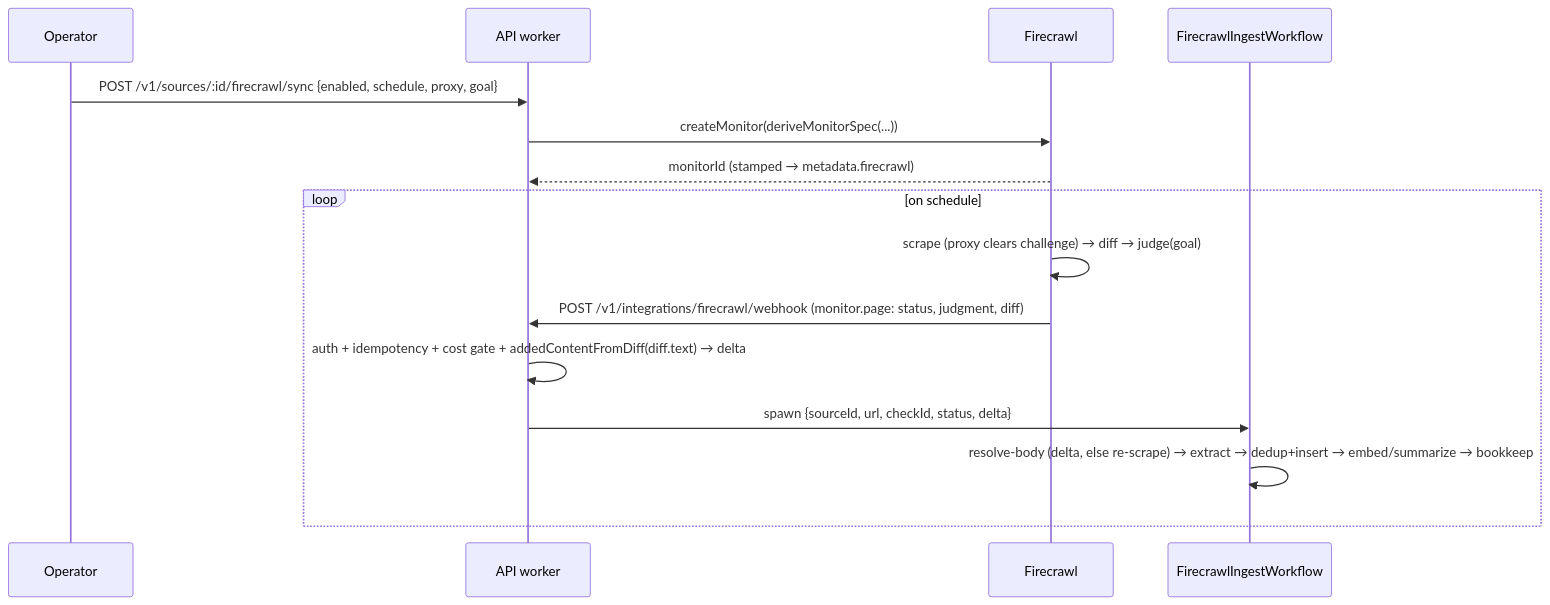
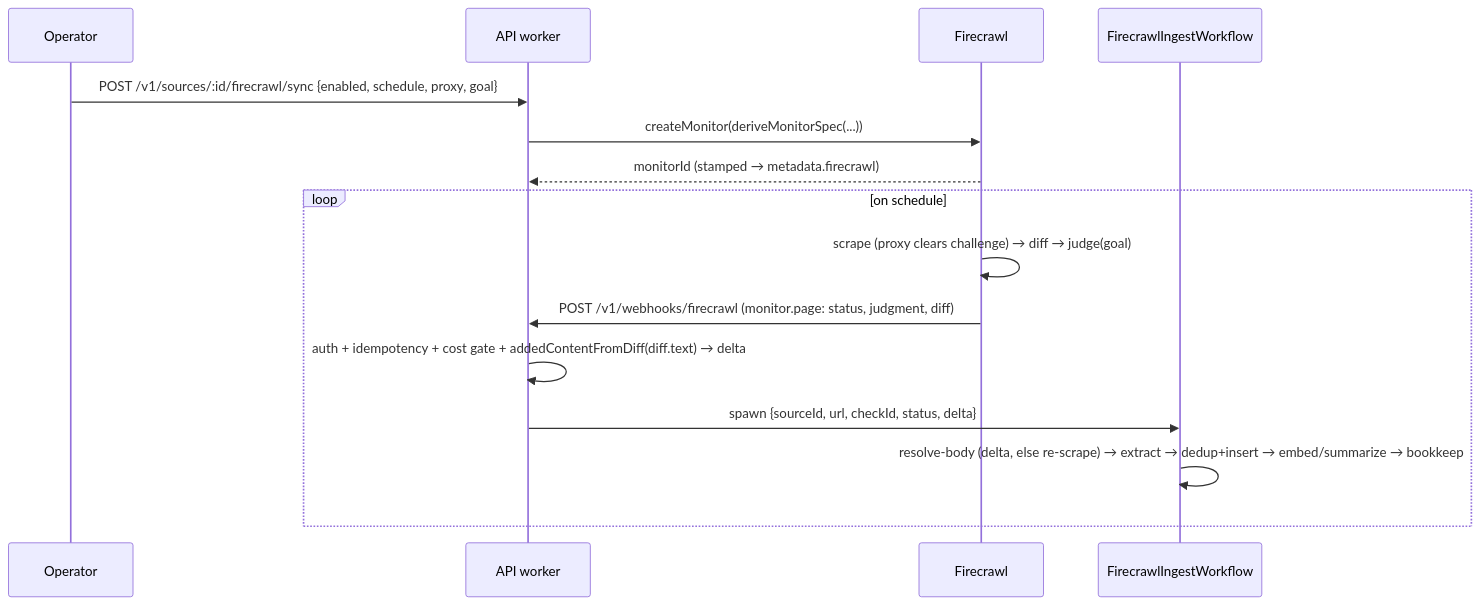
Before and after one commit to buildinternet/releases: the diagram in docs/architecture/firecrawl-monitoring.md, drawn with Mermaid. The commit also changed other lines of this file and 15 other files, not shown here.

First line of the commit message:
fix(api): move inbound webhooks to /v1/webhooks/<provider>

````diff
--- a/docs/architecture/firecrawl-monitoring.md
+++ b/docs/architecture/firecrawl-monitoring.md
@@ -9,19 +9,19 @@
 ```mermaid
 sequenceDiagram
     participant Op as Operator
     participant API as API worker
     participant FC as Firecrawl
     participant WF as FirecrawlIngestWorkflow
 
     Op->>API: POST /v1/sources/:id/firecrawl/sync {enabled, schedule, proxy, goal}
     API->>FC: createMonitor(deriveMonitorSpec(...))
     FC-->>API: monitorId  (stamped → metadata.firecrawl)
 
     loop on schedule
         FC->>FC: scrape (proxy clears challenge) → diff → judge(goal)
-        FC->>API: POST /v1/integrations/firecrawl/webhook  (monitor.page: status, judgment, diff)
+        FC->>API: POST /v1/webhooks/firecrawl  (monitor.page: status, judgment, diff)
         API->>API: auth + idempotency + cost gate + addedContentFromDiff(diff.text) → delta
         API->>WF: spawn {sourceId, url, checkId, status, delta}
         WF->>WF: resolve-body (delta, else re-scrape) → extract → dedup+insert → embed/summarize → bookkeep
     end
 ```
````
